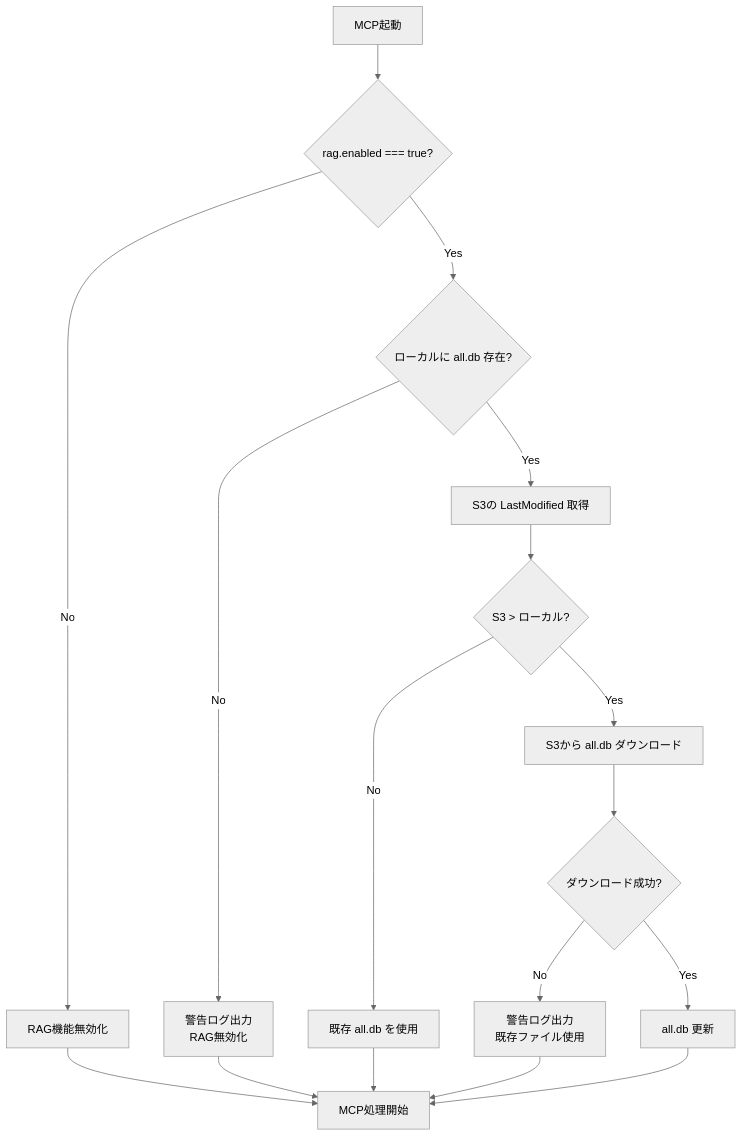
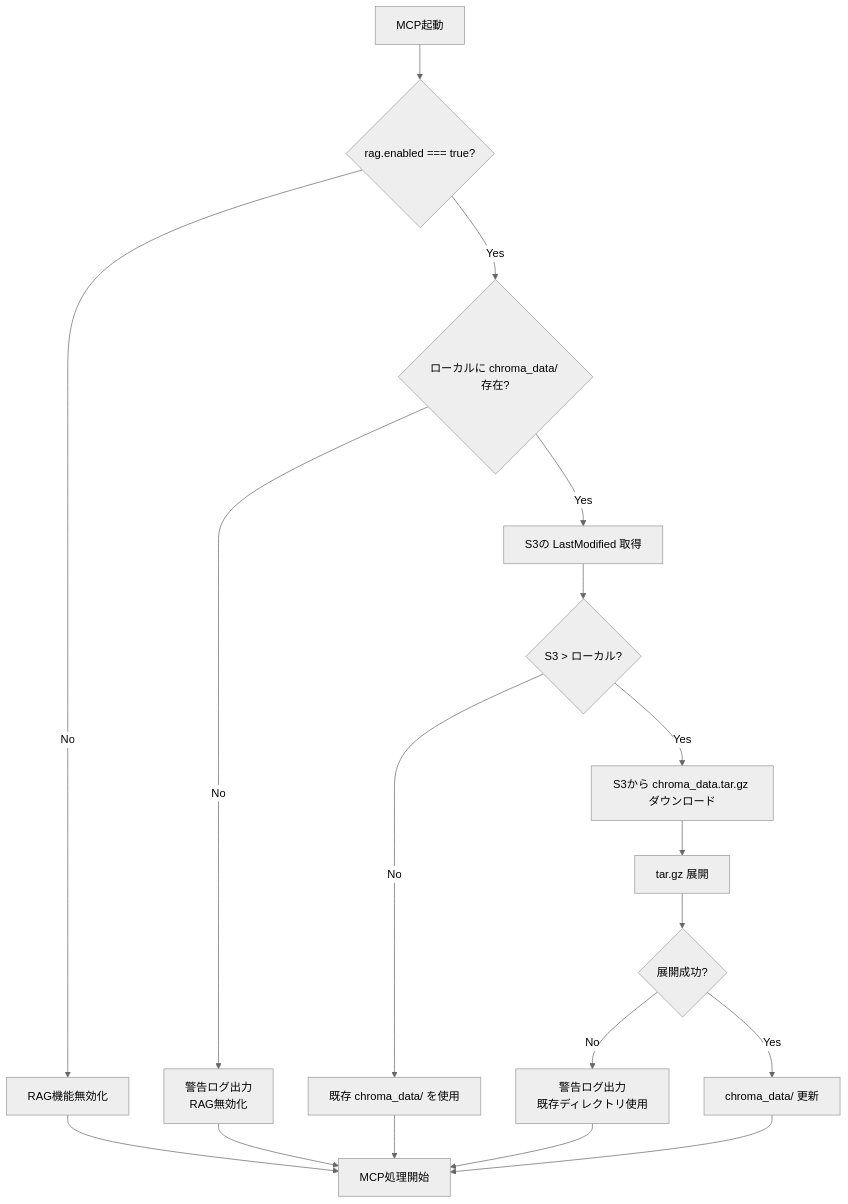
One commit to HatoriIchigo/repo-bridge-mcp changed the third of 3 diagrams in docs/design.md. Above: the diagram before and after it, drawn with Mermaid (neutral theme). The commit also changed other lines of this file, not shown here.

````diff
--- a/docs/design.md
+++ b/docs/design.md
@@ -263,19 +271,20 @@
 ```mermaid
 flowchart TD
   Start["MCP起動"] --> CheckRAG{"rag.enabled === true?"}
   CheckRAG -->|No| SkipRAG["RAG機能無効化"]
-  CheckRAG -->|Yes| CheckLocal{"ローカルに all.db 存在?"}
+  CheckRAG -->|Yes| CheckLocal{"ローカルに chroma_data/ 存在?"}
   CheckLocal -->|No| WarnNoLocal["警告ログ出力<br/>RAG無効化"]
   CheckLocal -->|Yes| CheckS3["S3の LastModified 取得"]
   CheckS3 --> CompareTime{"S3 > ローカル?"}
-  CompareTime -->|No| UseLocal["既存 all.db を使用"]
-  CompareTime -->|Yes| Download["S3から all.db ダウンロード"]
-  Download --> DownloadOK{"ダウンロード成功?"}
-  DownloadOK -->|No| WarnFail["警告ログ出力<br/>既存ファイル使用"]
-  DownloadOK -->|Yes| UpdateLocal["all.db 更新"]
+  CompareTime -->|No| UseLocal["既存 chroma_data/ を使用"]
+  CompareTime -->|Yes| Download["S3から chroma_data.tar.gz ダウンロード"]
+  Download --> Extract["tar.gz 展開"]
+  Extract --> ExtractOK{"展開成功?"}
+  ExtractOK -->|No| WarnFail["警告ログ出力<br/>既存ディレクトリ使用"]
+  ExtractOK -->|Yes| UpdateLocal["chroma_data/ 更新"]
   WarnNoLocal --> StartMCP["MCP処理開始"]
   SkipRAG --> StartMCP
   UseLocal --> StartMCP
   WarnFail --> StartMCP
   UpdateLocal --> StartMCP
 ```
````
